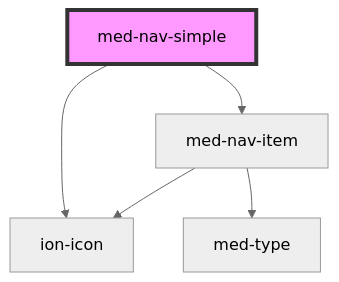
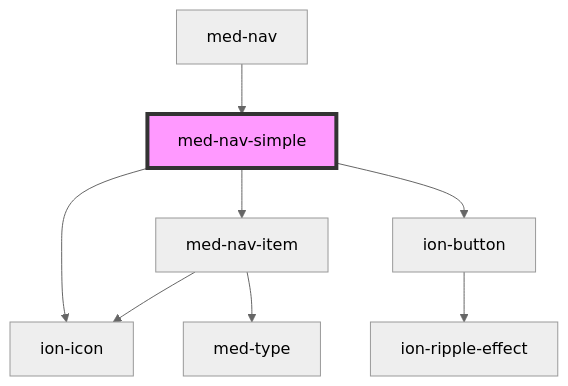
The diagram in core/src/components/@medgrupo/core/med-nav-simple/readme.md (MEDGRUPOGIT/ionic-framework-1), drawn with Mermaid (neutral theme) before and after one commit. The commit also changed other lines of this file and 44 other files, not shown here.

````diff
--- a/core/src/components/@medgrupo/core/med-nav-simple/readme.md
+++ b/core/src/components/@medgrupo/core/med-nav-simple/readme.md
@@ -23,8 +35,11 @@
 ```mermaid
 graph TD;
   med-nav-simple --> ion-icon
   med-nav-simple --> med-nav-item
+  med-nav-simple --> ion-button
   med-nav-item --> ion-icon
   med-nav-item --> med-type
+  ion-button --> ion-ripple-effect
+  med-nav --> med-nav-simple
   style med-nav-simple fill:#f9f,stroke:#333,stroke-width:4px
 ```
````
